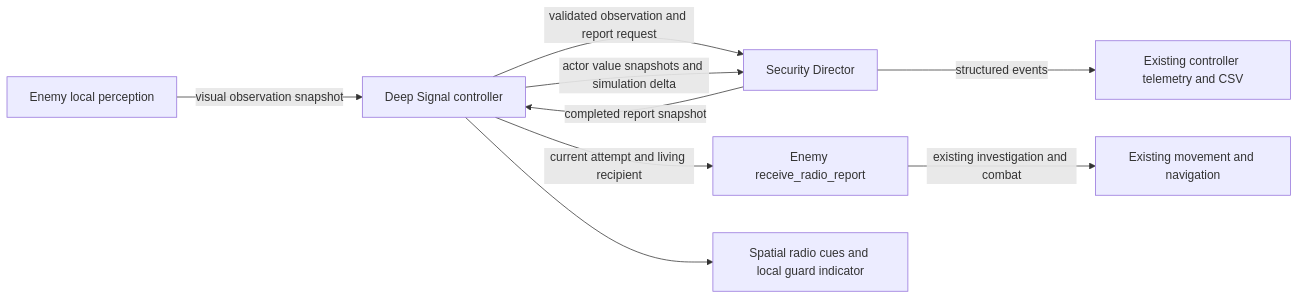
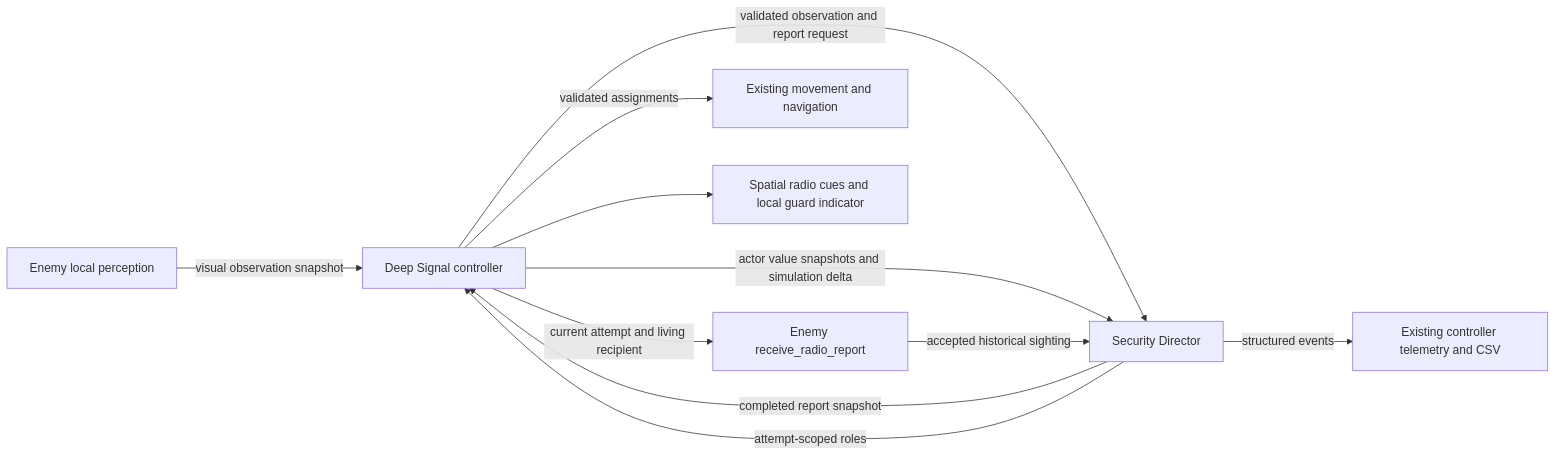
One commit to Jnoble555/bunker-07 changed the diagram in docs/godot/ghost-protocol-architecture.md. Above: the diagram before and after it, drawn with Mermaid. The commit also changed other lines of this file and 11 other files, not shown here.

````diff
--- a/docs/godot/ghost-protocol-architecture.md
+++ b/docs/godot/ghost-protocol-architecture.md
@@ -7,11 +9,13 @@
 ```mermaid
 flowchart LR
   Enemy[Enemy local perception] -->|visual observation snapshot| Mission[Deep Signal controller]
   Mission -->|validated observation and report request| Director[Security Director]
   Mission -->|actor value snapshots and simulation delta| Director
   Director -->|completed report snapshot| Mission
   Mission -->|current attempt and living recipient| Receiver[Enemy receive_radio_report]
-  Receiver -->|existing investigation and combat| Navigation[Existing movement and navigation]
+  Receiver -->|accepted historical sighting| Director
+  Director -->|attempt-scoped roles| Mission
+  Mission -->|validated assignments| Navigation[Existing movement and navigation]
   Director -->|structured events| CSV[Existing controller telemetry and CSV]
   Mission --> Audio[Spatial radio cues and local guard indicator]
 ```
````
